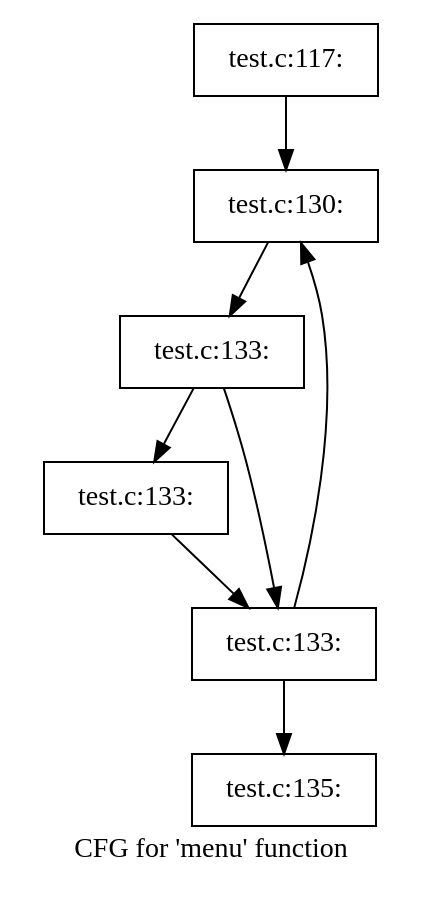
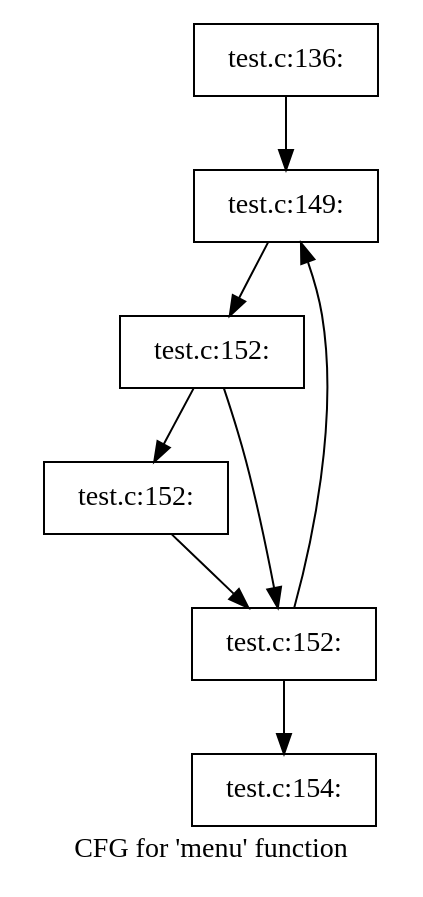
The diagram in testing/temp/dot-files/cfg.menu.dot (williamslay/NJUPT_Bachelor), drawn with Graphviz before and after one commit. The commit also changed 34 other files, not shown here.

```diff
--- a/testing/temp/dot-files/cfg.menu.dot
+++ b/testing/temp/dot-files/cfg.menu.dot
@@ -1,17 +1,17 @@
 digraph "CFG for 'menu' function" {
 	label="CFG for 'menu' function";
 
-	Node0x55c0d67aa550 [shape=record,label="{test.c:117:}"];
-	Node0x55c0d67aa550 -> Node0x55c0d67a2860;
-	Node0x55c0d67a2860 [shape=record,label="{test.c:130:}"];
-	Node0x55c0d67a2860 -> Node0x55c0d67a2810;
-	Node0x55c0d67a2810 [shape=record,label="{test.c:133:}"];
-	Node0x55c0d67a2810 -> Node0x55c0d67b2b70;
-	Node0x55c0d67a2810 -> Node0x55c0d67b2b20;
-	Node0x55c0d67b2b70 [shape=record,label="{test.c:133:}"];
-	Node0x55c0d67b2b70 -> Node0x55c0d67b2b20;
-	Node0x55c0d67b2b20 [shape=record,label="{test.c:133:}"];
-	Node0x55c0d67b2b20 -> Node0x55c0d67a2860;
-	Node0x55c0d67b2b20 -> Node0x55c0d67a27c0;
-	Node0x55c0d67a27c0 [shape=record,label="{test.c:135:}"];
+	Node0x561f1ae99180 [shape=record,label="{test.c:136:}"];
+	Node0x561f1ae99180 -> Node0x561f1aea1080;
+	Node0x561f1aea1080 [shape=record,label="{test.c:149:}"];
+	Node0x561f1aea1080 -> Node0x561f1aea1030;
+	Node0x561f1aea1030 [shape=record,label="{test.c:152:}"];
+	Node0x561f1aea1030 -> Node0x561f1aea3600;
+	Node0x561f1aea1030 -> Node0x561f1aea35b0;
+	Node0x561f1aea3600 [shape=record,label="{test.c:152:}"];
+	Node0x561f1aea3600 -> Node0x561f1aea35b0;
+	Node0x561f1aea35b0 [shape=record,label="{test.c:152:}"];
+	Node0x561f1aea35b0 -> Node0x561f1aea1080;
+	Node0x561f1aea35b0 -> Node0x561f1aea0fe0;
+	Node0x561f1aea0fe0 [shape=record,label="{test.c:154:}"];
 }
```
